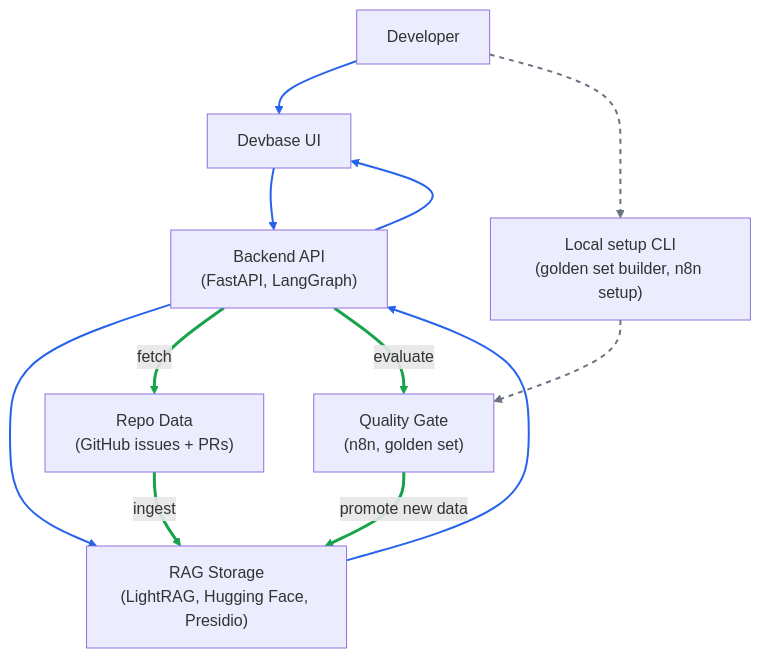
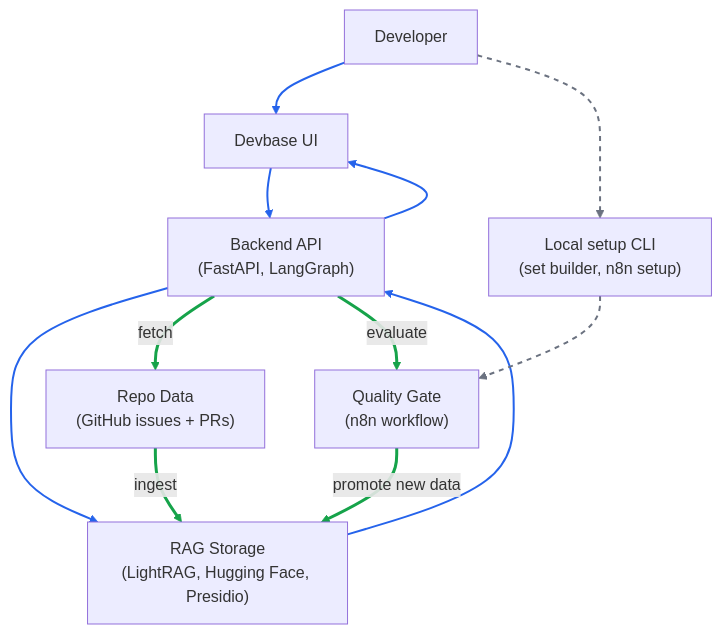
Before and after one commit to micattoc/devbase: the diagram in README.md, drawn with Mermaid. The commit also changed other lines of this file, not shown here.

Commit message:
Add demo video

````diff
--- a/README.md
+++ b/README.md
@@ -27,28 +31,28 @@
 ```mermaid
 flowchart TB
     User["Developer"]
-    CLI["Local setup CLI<br/>(golden set builder, n8n setup)"]
+    CLI["Local setup CLI<br/>(set builder, n8n setup)"]
     UI["Devbase UI"]
     API["Backend API<br/>(FastAPI, LangGraph)"]
     GitHub["Repo Data<br/>(GitHub issues + PRs)"]
     RAG["RAG Storage<br/>(LightRAG, Hugging Face, Presidio)"]
-    Gate["Quality Gate<br/>(n8n, golden set)"]
+    Gate["Quality Gate<br/>(n8n workflow)"]
 
     User --> UI
     UI --> API
     API --> RAG
     RAG --> API
     API --> UI
 
     User -.-> CLI
     CLI -.-> Gate
 
     API ==>|fetch| GitHub
     GitHub ==>|ingest| RAG
     API ==>|evaluate| Gate
     Gate ==>|promote new data| RAG
 
     linkStyle 0,1,2,3,4 stroke:#2563eb,stroke-width:2px
     linkStyle 5,6 stroke:#6b7280,stroke-width:2px,stroke-dasharray:5 5
     linkStyle 7,8,9,10 stroke:#16a34a,stroke-width:3px
 ```
````
